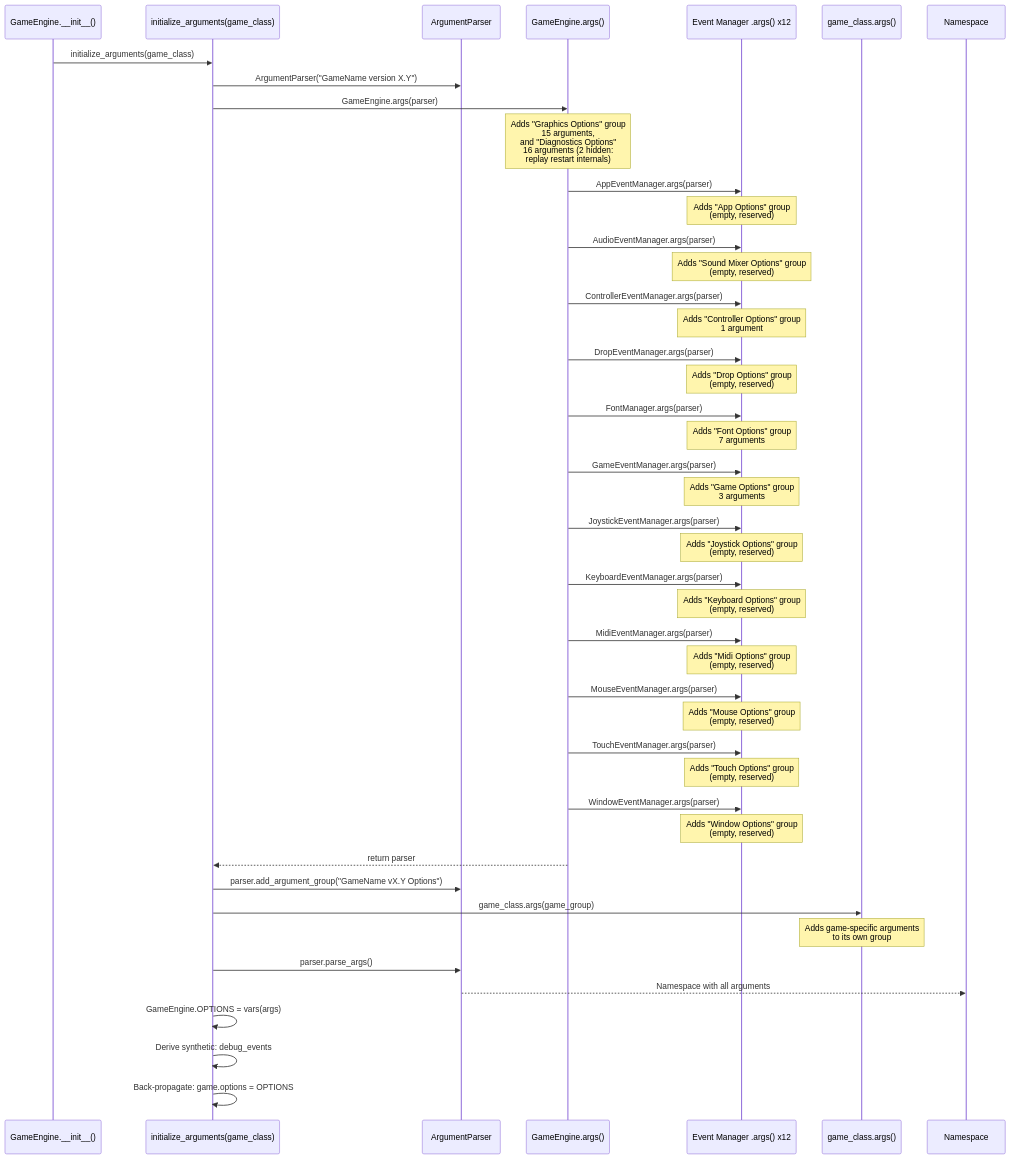
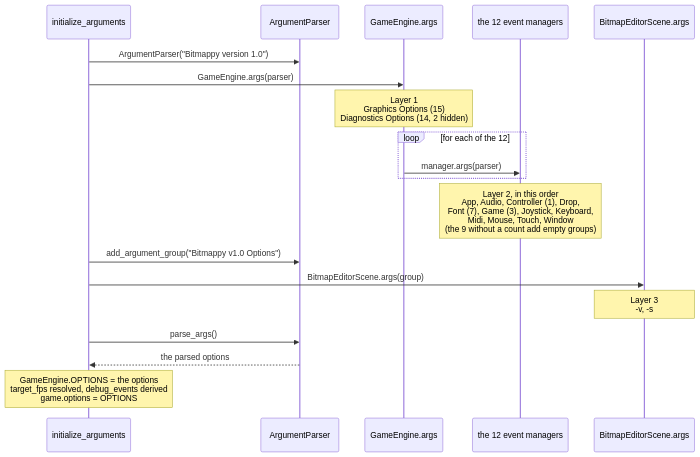
Before and after one commit to terrysimons/glitchygames: the first of 4 diagrams in docs/architecture/argument_system.md, drawn with Mermaid. The commit also changed other lines of this file and 1 other file, not shown here.

Commit message:
Docs: how arguments are assembled, shown with Bitmappy; what each layer adds
The sequence diagram follows a real run (uv run bitmappy) through the three layers,
the 12 managers as one loop, so it is about half as wide; a table lists every
option each layer's groups add, from Bitmappy's --help. Bitmappy's -s/--size gets
the help text it lacked.

````diff
--- a/docs/architecture/argument_system.md
+++ b/docs/architecture/argument_system.md
@@ -13,64 +13,22 @@
 ```mermaid
 sequenceDiagram
-    participant GE as GameEngine.__init__()
-    participant IA as initialize_arguments(game_class)
-    participant AP as ArgumentParser
-    participant ENGINE as GameEngine.args()
-    participant MGR as Event Manager .args() x12
-    participant GAME as game_class.args()
-    participant NS as Namespace
+    participant INIT as initialize_arguments
+    participant PARSER as ArgumentParser
+    participant ENGINE as GameEngine.args
+    participant MANAGERS as the 12 event managers
+    participant GAME as BitmapEditorScene.args
 
-    GE->>IA: initialize_arguments(game_class)
-    IA->>AP: ArgumentParser("GameName version X.Y")
-    IA->>ENGINE: GameEngine.args(parser)
-
-    Note over ENGINE: Adds "Graphics Options" group<br/>15 arguments,<br/>and "Diagnostics Options"<br/>16 arguments (2 hidden:<br/>replay restart internals)
-
-    ENGINE->>MGR: AppEventManager.args(parser)
-    Note over MGR: Adds "App Options" group<br/>(empty, reserved)
-
-    ENGINE->>MGR: AudioEventManager.args(parser)
-    Note over MGR: Adds "Sound Mixer Options" group<br/>(empty, reserved)
-
-    ENGINE->>MGR: ControllerEventManager.args(parser)
-    Note over MGR: Adds "Controller Options" group<br/>1 argument
-
-    ENGINE->>MGR: DropEventManager.args(parser)
-    Note over MGR: Adds "Drop Options" group<br/>(empty, reserved)
-
-    ENGINE->>MGR: FontManager.args(parser)
-    Note over MGR: Adds "Font Options" group<br/>7 arguments
-
-    ENGINE->>MGR: GameEventManager.args(parser)
-    Note over MGR: Adds "Game Options" group<br/>3 arguments
-
-    ENGINE->>MGR: JoystickEventManager.args(parser)
-    Note over MGR: Adds "Joystick Options" group<br/>(empty, reserved)
-
-    ENGINE->>MGR: KeyboardEventManager.args(parser)
-    Note over MGR: Adds "Keyboard Options" group<br/>(empty, reserved)
-
-    ENGINE->>MGR: MidiEventManager.args(parser)
-    Note over MGR: Adds "Midi Options" group<br/>(empty, reserved)
-
-    ENGINE->>MGR: MouseEventManager.args(parser)
-    Note over MGR: Adds "Mouse Options" group<br/>(empty, reserved)
-
-    ENGINE->>MGR: TouchEventManager.args(parser)
-    Note over MGR: Adds "Touch Options" group<br/>(empty, reserved)
-
-    ENGINE->>MGR: WindowEventManager.args(parser)
-    Note over MGR: Adds "Window Options" group<br/>(empty, reserved)
-
-    ENGINE-->>IA: return parser
-
-    IA->>AP: parser.add_argument_group("GameName vX.Y Options")
-    IA->>GAME: game_class.args(game_group)
-    Note over GAME: Adds game-specific arguments<br/>to its own group
-
-    IA->>AP: parser.parse_args()
-    AP-->>NS: Namespace with all arguments
-    IA->>IA: GameEngine.OPTIONS = vars(args)
-    IA->>IA: Derive synthetic: debug_events
-    IA->>IA: Back-propagate: game.options = OPTIONS
+    INIT->>PARSER: ArgumentParser("Bitmappy version 1.0")
+    INIT->>ENGINE: GameEngine.args(parser)
+    Note over ENGINE: Layer 1<br/>Graphics Options (15)<br/>Diagnostics Options (14, 2 hidden)
+    loop for each of the 12
+        ENGINE->>MANAGERS: manager.args(parser)
+    end
+    Note over MANAGERS: Layer 2, in this order<br/>App, Audio, Controller (1), Drop,<br/>Font (7), Game (3), Joystick, Keyboard,<br/>Midi, Mouse, Touch, Window<br/>(the 9 without a count add empty groups)
+    INIT->>PARSER: add_argument_group("Bitmappy v1.0 Options")
+    INIT->>GAME: BitmapEditorScene.args(group)
+    Note over GAME: Layer 3<br/>-v, -s
+    INIT->>PARSER: parse_args()
+    PARSER-->>INIT: the parsed options
+    Note over INIT: GameEngine.OPTIONS = the options<br/>target_fps resolved, debug_events derived<br/>game.options = OPTIONS
 ```
````
